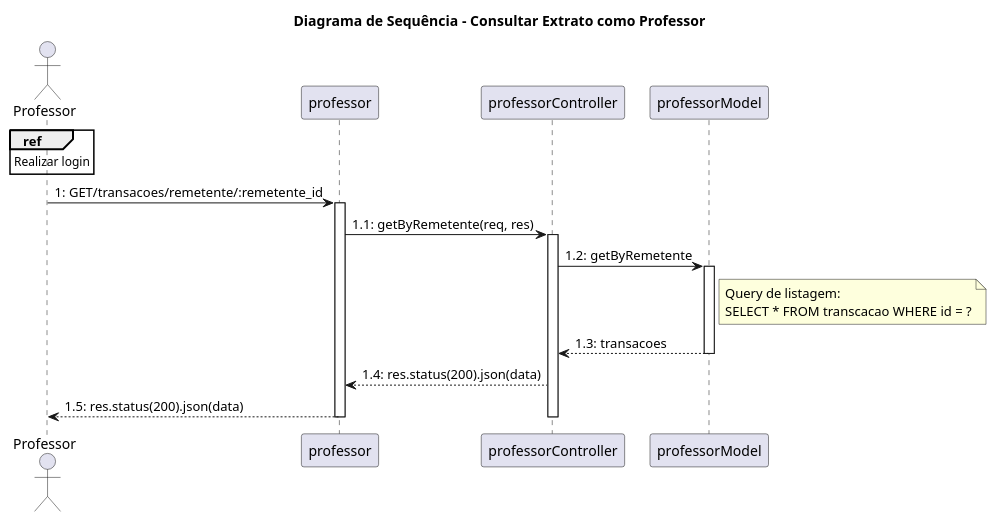
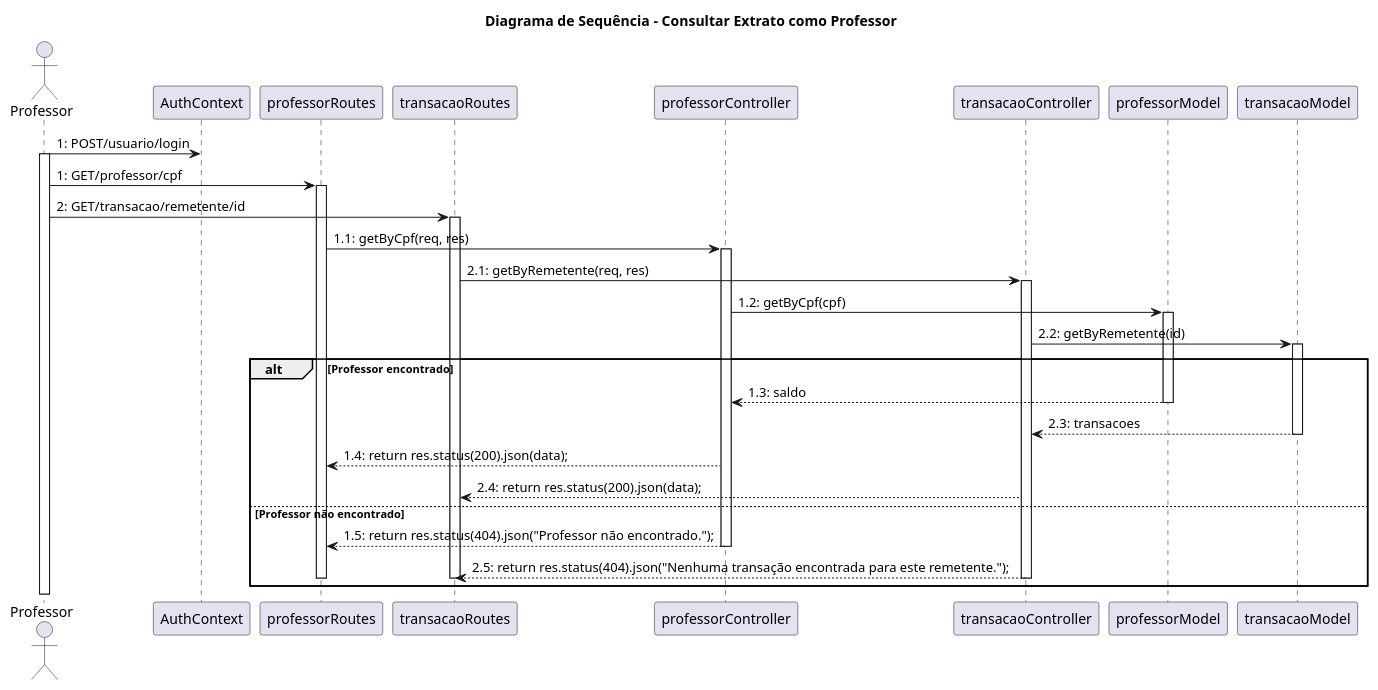
Before and after one commit to mmhqs/lab-desenvolvimento-software: the diagram in laboratorio3/projeto/diagramaDeSequencia/consultaExtrato/diagConsultaextratoProf.wsd, drawn with PlantUML. The commit also changed other lines of this file and 1 other file, not shown here.

Commit message:
diagrama de consultas de extratos corrigidos

```diff
--- a/laboratorio3/projeto/diagramaDeSequencia/consultaExtrato/diagConsultaextratoProf.wsd
+++ b/laboratorio3/projeto/diagramaDeSequencia/consultaExtrato/diagConsultaextratoProf.wsd
@@ -1,33 +1,49 @@
 @startuml
 title Diagrama de Sequência - Consultar Extrato como Professor
 actor "Professor" as Professor
 
-participant "professor" as Routes
-participant "professorController" as Controller
-participant "professorModel" as Model
+participant "AuthContext" as Auth
+participant "professorRoutes" as PRoutes
+participant "transacaoRoutes" as TRoutes
+participant "professorController" as PController
+participant "transacaoController" as TController
+participant "professorModel" as PModel
+participant "transacaoModel" as TModel
 
-ref over Professor: Realizar login
+Professor -> Auth: 1: POST/usuario/login
+activate Professor
 
-' 1. Ver Extrato
-Professor -> Routes: 1: GET/transacoes/remetente/:remetente_id
-activate Routes
+Professor -> PRoutes: 1: GET/professor/cpf
+activate PRoutes
+Professor -> TRoutes: 2: GET/transacao/remetente/id
+activate TRoutes
 
-Routes -> Controller: 1.1: getByRemetente(req, res)
-activate Controller
+PRoutes -> PController: 1.1: getByCpf(req, res)
+activate PController
+TRoutes -> TController: 2.1: getByRemetente(req, res)
+activate TController
 
-Controller -> Model: 1.2: getByRemetente
-activate Model
-note right of Model
-Query de listagem:
-SELECT * FROM transcacao WHERE id = ?
-end note
 
-Model --> Controller: 1.3: transacoes
+PController -> PModel: 1.2: getByCpf(cpf)
+activate PModel
+TController -> TModel: 2.2: getByRemetente(id)
+activate TModel
 
-deactivate Model
-Controller --> Routes: 1.4: res.status(200).json(data)
+' Agrupamento de sucesso/falha
+alt Professor encontrado
+    PModel --> PController: 1.3: saldo 
+    deactivate PModel
+    TModel --> TController: 2.3: transacoes  
+    deactivate TModel
 
-Routes --> Professor: 1.5: res.status(200).json(data)
-deactivate Controller
-deactivate Routes
+    PController --> PRoutes: 1.4: return res.status(200).json(data);
+    TController --> TRoutes: 2.4: return res.status(200).json(data);
+else Professor não encontrado
+    PController --> PRoutes: 1.5: return res.status(404).json("Professor não encontrado.");
+    deactivate PController
+    TController --> TRoutes: 2.5: return res.status(404).json("Nenhuma transação encontrada para este remetente.");
+    deactivate TController
+    deactivate PRoutes
+    deactivate TRoutes
+end alt
 @enduml
```
